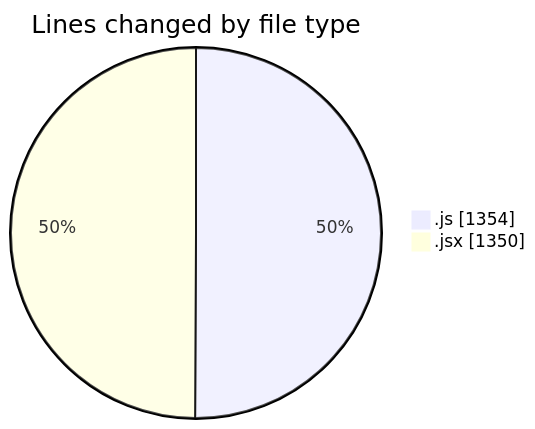
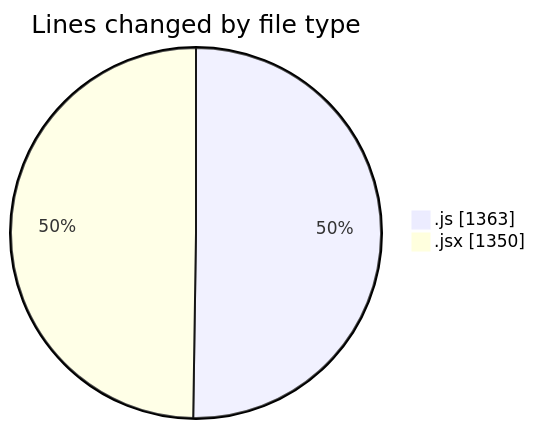
Before and after one commit to nxtqubesakshisongat/code-tracking: the first of 2 diagrams in 2025-09-19/nxtqube_webapp/README.md, drawn with Mermaid. The commit also changed other lines of this file and 1 other file, not shown here.

````diff
--- a/2025-09-19/nxtqube_webapp/README.md
+++ b/2025-09-19/nxtqube_webapp/README.md
@@ -23,6 +23,6 @@
 ```mermaid
 pie showData
 title Lines changed by file type
-".js" : 1354
+".js" : 1363
 ".jsx" : 1350
 ```
````
